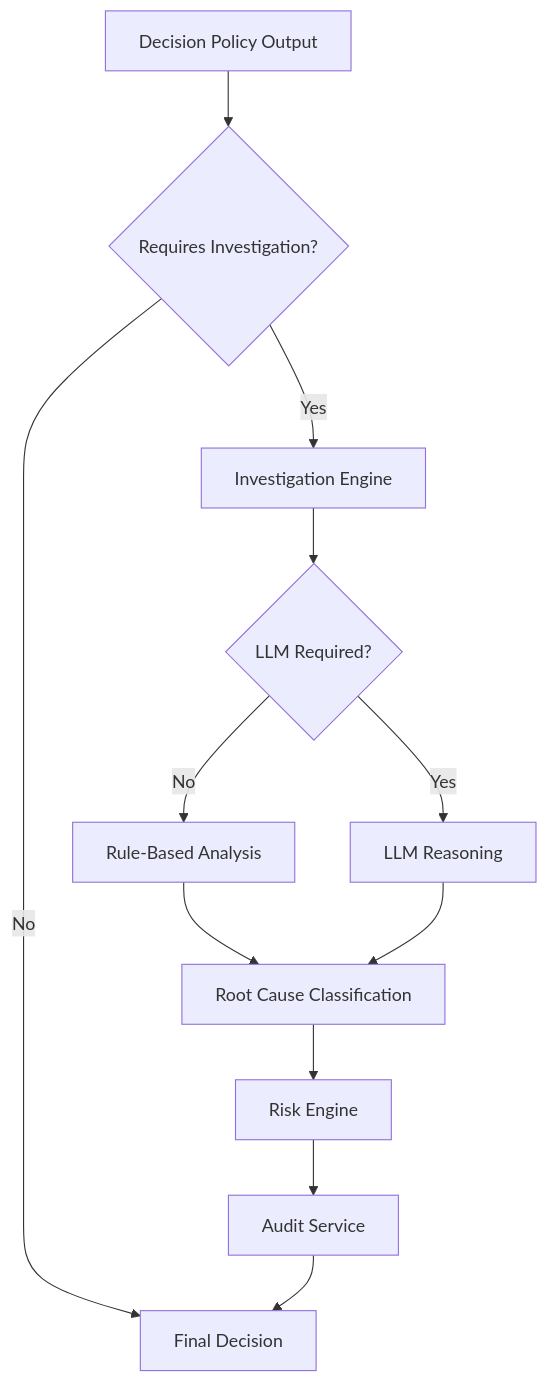
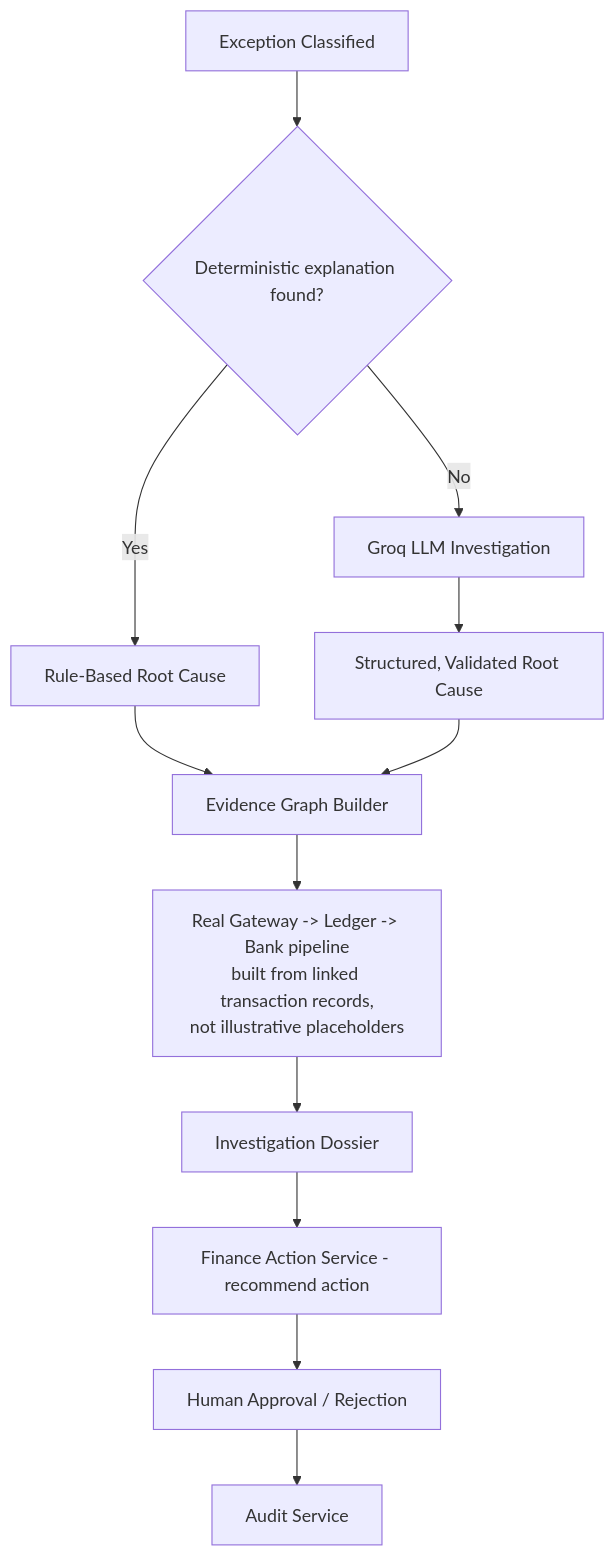
One commit to likhith1253/veridex changed the fourth of 6 diagrams in ARCHITECTURE.md. Above: the diagram before and after it, drawn with Mermaid. The commit also changed other lines of this file and 2 other files, not shown here.

First line of the commit message:
Rewrite ARCHITECTURE.md for the current system, drop dead ui/ tests

````diff
--- a/ARCHITECTURE.md
+++ b/ARCHITECTURE.md
@@ -159,14 +194,14 @@
 ```mermaid
 graph TD
-    A[Decision Policy Output] --> B{Requires Investigation?}
-    B -->|No| C[Final Decision]
-    B -->|Yes| D[Investigation Engine]
-    D --> E{LLM Required?}
-    E -->|No| F[Rule-Based Analysis]
-    E -->|Yes| G[LLM Reasoning]
-    F --> H[Root Cause Classification]
-    G --> H
-    H --> I[Risk Engine]
-    I --> J[Audit Service]
-    J --> C
+    A[Exception Classified] --> B{Deterministic explanation found?}
+    B -->|Yes| C[Rule-Based Root Cause]
+    B -->|No| D[Groq LLM Investigation]
+    D --> E[Structured, Validated Root Cause]
+    C --> F[Evidence Graph Builder]
+    E --> F
+    F --> G["Real Gateway -> Ledger -> Bank pipeline<br/>built from linked transaction records,<br/>not illustrative placeholders"]
+    G --> H[Investigation Dossier]
+    H --> I[Finance Action Service - recommend action]
+    I --> J[Human Approval / Rejection]
+    J --> K[Audit Service]
 ```
````
